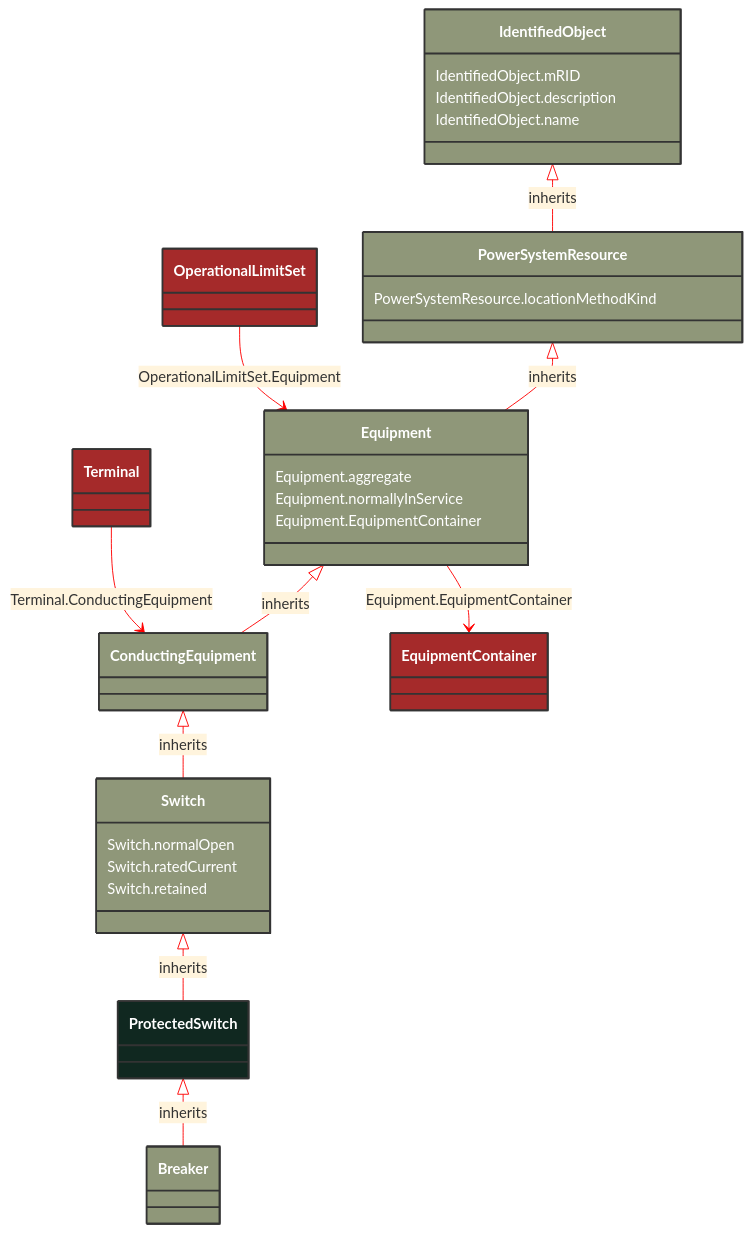
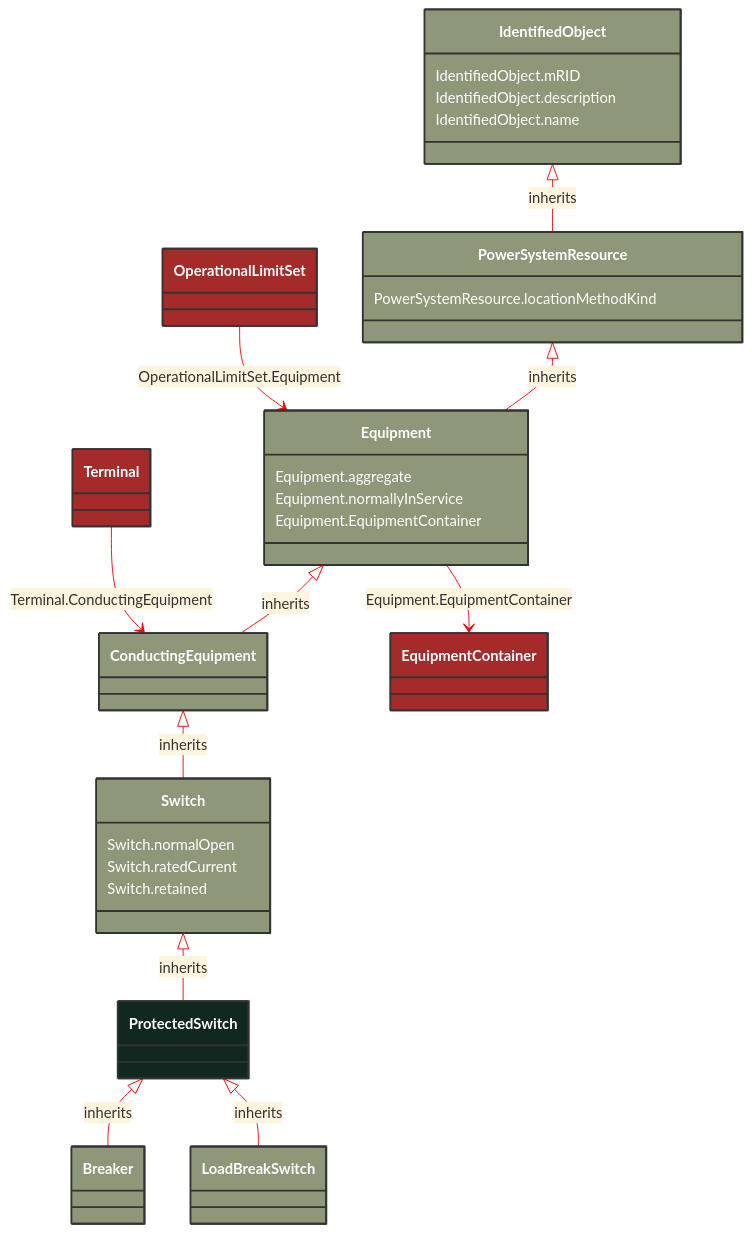
One commit to 3lbits/NoCIMExtensions changed the diagram in docs/Models/Profiles/Telemark-120Equipment/AbstractClasses/ProtectedSwitch.md. Above: the diagram before and after it, drawn with Mermaid. The commit also changed 63 other files, not shown here.

````diff
--- a/docs/Models/Profiles/Telemark-120Equipment/AbstractClasses/ProtectedSwitch.md
+++ b/docs/Models/Profiles/Telemark-120Equipment/AbstractClasses/ProtectedSwitch.md
@@ -10,63 +10,69 @@
 ```mermaid
 %%{init: {'theme':'base','themeVariables': {'lineColor': '#FF0000'}}}%%
 classDiagram
     class ProtectedSwitch
     click ProtectedSwitch href "/Models/Profiles/Telemark-120Equipment/AbstractClasses/ProtectedSwitch/"
     style ProtectedSwitch fill:#102820,stroke:#333,stroke-width:2px,rx:10,ry:10,color:white
 
         ProtectedSwitch <|-- Breaker : inherits
 
         Breaker
             click Breaker href "/Models/Profiles/Telemark-120Equipment/ConcreteClasses/Breaker/"
             style Breaker fill:#8F9779,stroke:#333,stroke-width:2px,rx:10,ry:10,color:white
+
+        ProtectedSwitch <|-- LoadBreakSwitch : inherits
+
+        LoadBreakSwitch
+            click LoadBreakSwitch href "/Models/Profiles/Telemark-120Equipment/ConcreteClasses/LoadBreakSwitch/"
+            style LoadBreakSwitch fill:#8F9779,stroke:#333,stroke-width:2px,rx:10,ry:10,color:white
      
         Switch <|-- ProtectedSwitch : inherits
             click Switch href "/Models/Profiles/Telemark-120Equipment/ConcreteClasses/Switch/"
             style Switch fill:#8F9779,stroke:#333,stroke-width:2px,rx:10,ry:10,color:white
      
         ConductingEquipment <|-- Switch : inherits
             click ConductingEquipment href "/Models/Profiles/Telemark-120Equipment/AbstractClasses/ConductingEquipment/"
             style ConductingEquipment fill:#8F9779,stroke:#333,stroke-width:2px,rx:10,ry:10,color:white
      
         Equipment <|-- ConductingEquipment : inherits
             click Equipment href "/Models/Profiles/Telemark-120Equipment/AbstractClasses/Equipment/"
             style Equipment fill:#8F9779,stroke:#333,stroke-width:2px,rx:10,ry:10,color:white
      
         PowerSystemResource <|-- Equipment : inherits
             click PowerSystemResource href "/Models/Profiles/Telemark-120Equipment/AbstractClasses/PowerSystemResource/"
             style PowerSystemResource fill:#8F9779,stroke:#333,stroke-width:2px,rx:10,ry:10,color:white
      
         IdentifiedObject <|-- PowerSystemResource : inherits
             click IdentifiedObject href "/Models/Profiles/Telemark-120Equipment/AbstractClasses/IdentifiedObject/"
             style IdentifiedObject fill:#8F9779,stroke:#333,stroke-width:2px,rx:10,ry:10,color:white
 
         Equipment --> EquipmentContainer : Equipment.EquipmentContainer
 
         EquipmentContainer
             click EquipmentContainer href "/Models/Profiles/Telemark-120Equipment/ConcreteClasses/EquipmentContainer/"
             style EquipmentContainer fill:#A52A2A,stroke:#333,stroke-width:2px,rx:10,ry:10,color:white
 
         OperationalLimitSet --> Equipment : OperationalLimitSet.Equipment
 
         OperationalLimitSet
             click OperationalLimitSet href "/Models/Profiles/Telemark-120Equipment/ConcreteClasses/OperationalLimitSet/"
             style OperationalLimitSet fill:#A52A2A,stroke:#333,stroke-width:2px,rx:10,ry:10,color:white
 
         Terminal --> ConductingEquipment : Terminal.ConductingEquipment
 
         Terminal
             click Terminal href "/Models/Profiles/Telemark-120Equipment/ConcreteClasses/Terminal/"
             style Terminal fill:#A52A2A,stroke:#333,stroke-width:2px,rx:10,ry:10,color:white
 
 
         Switch : Switch.normalOpen
         Switch : Switch.ratedCurrent
         Switch : Switch.retained
         Equipment : Equipment.aggregate
         Equipment : Equipment.normallyInService
         Equipment : Equipment.EquipmentContainer
         PowerSystemResource : PowerSystemResource.locationMethodKind
         IdentifiedObject : IdentifiedObject.mRID
         IdentifiedObject : IdentifiedObject.description
         IdentifiedObject : IdentifiedObject.name
 ```
````
